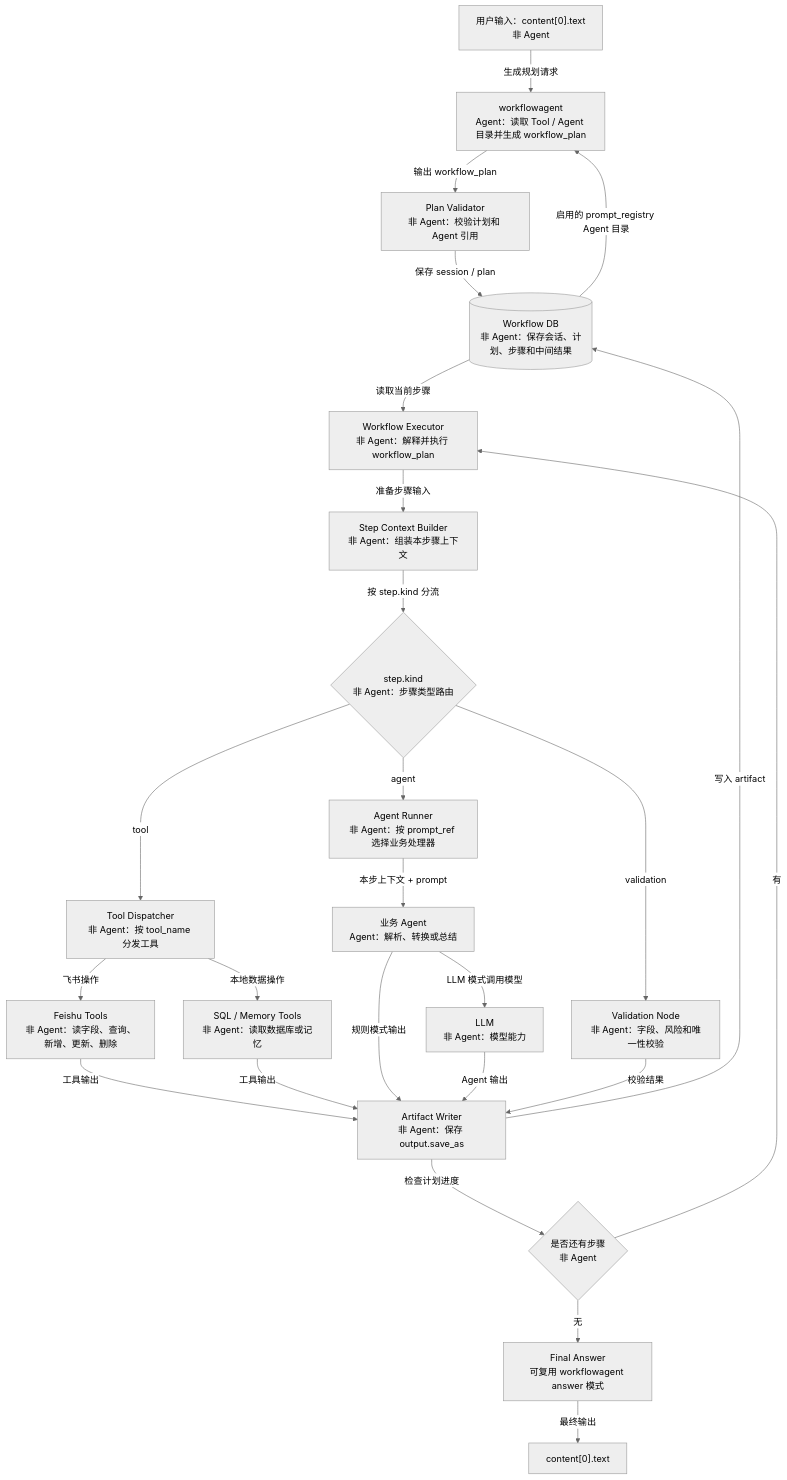
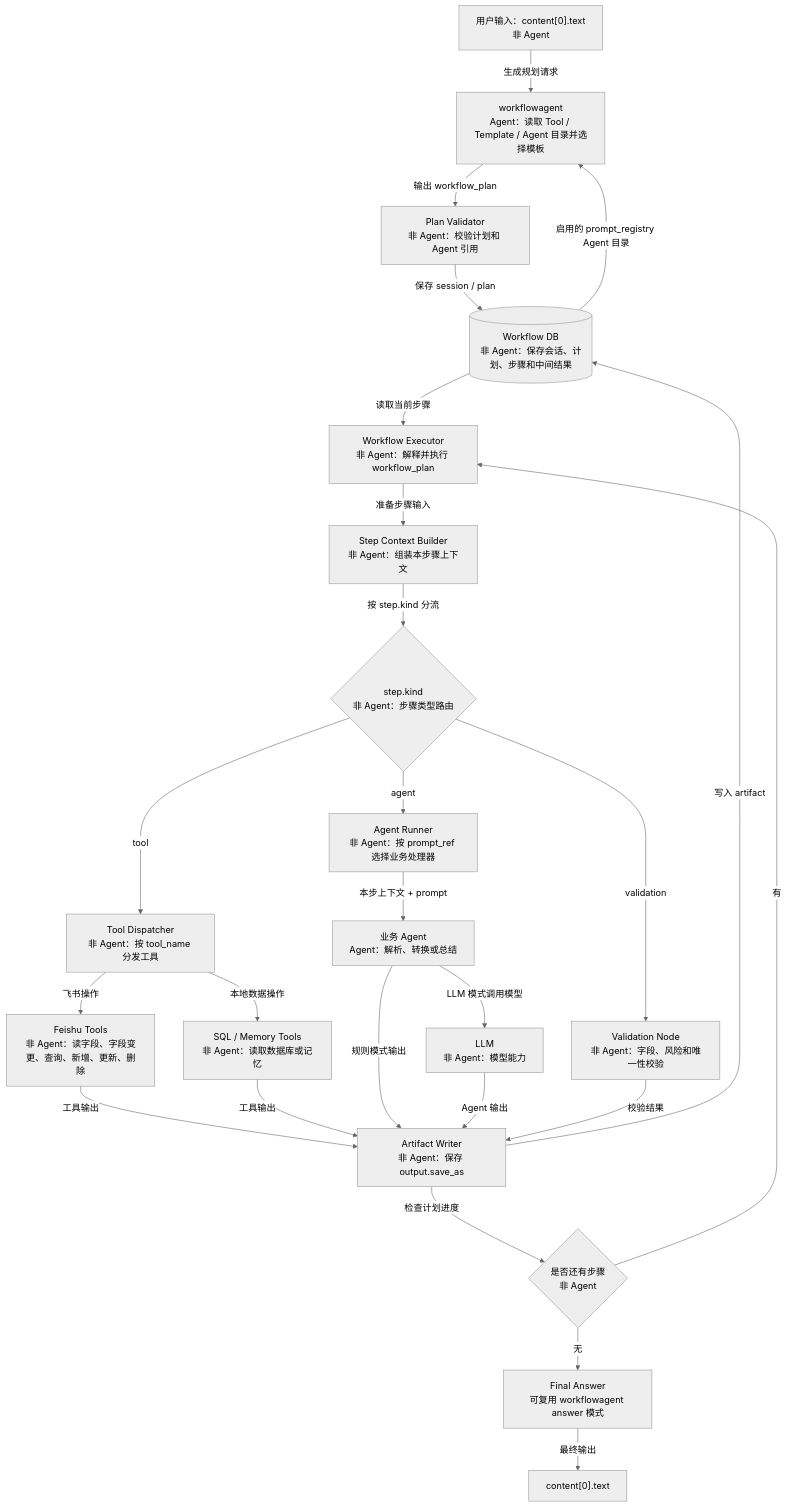
Before and after one commit to 246706510miao-svg/for-mygirl: the diagram in third/docs/workflowagent-fixed-graph.md, drawn with Mermaid (neutral theme). The commit also changed other lines of this file and 24 other files, not shown here.

````diff
--- a/third/docs/workflowagent-fixed-graph.md
+++ b/third/docs/workflowagent-fixed-graph.md
@@ -7,35 +7,35 @@
 ```mermaid
 flowchart TD
-    U["用户输入：content[0].text<br/>非 Agent"] -->|"生成规划请求"| W["workflowagent<br/>Agent：读取 Tool / Agent 目录并生成 workflow_plan"]
+    U["用户输入：content[0].text<br/>非 Agent"] -->|"生成规划请求"| W["workflowagent<br/>Agent：读取 Tool / Template / Agent 目录并选择模板"]
 
     DB -->|"启用的 prompt_registry Agent 目录"| W
     W -->|"输出 workflow_plan"| PV["Plan Validator<br/>非 Agent：校验计划和 Agent 引用"]
     PV -->|"保存 session / plan"| DB[("Workflow DB<br/>非 Agent：保存会话、计划、步骤和中间结果")]
 
     DB -->|"读取当前步骤"| EX["Workflow Executor<br/>非 Agent：解释并执行 workflow_plan"]
     EX -->|"准备步骤输入"| CB["Step Context Builder<br/>非 Agent：组装本步骤上下文"]
 
     CB -->|"按 step.kind 分流"| R{"step.kind<br/>非 Agent：步骤类型路由"}
 
     R -->|"tool"| TD["Tool Dispatcher<br/>非 Agent：按 tool_name 分发工具"]
     R -->|"agent"| AR["Agent Runner<br/>非 Agent：按 prompt_ref 选择业务处理器"]
     R -->|"validation"| VA["Validation Node<br/>非 Agent：字段、风险和唯一性校验"]
 
     AR -->|"本步上下文 + prompt"| BA["业务 Agent<br/>Agent：解析、转换或总结"]
     BA -->|"LLM 模式调用模型"| LLM["LLM<br/>非 Agent：模型能力"]
 
-    TD -->|"飞书操作"| FT["Feishu Tools<br/>非 Agent：读字段、查询、新增、更新、删除"]
+    TD -->|"飞书操作"| FT["Feishu Tools<br/>非 Agent：读字段、字段变更、查询、新增、更新、删除"]
     TD -->|"本地数据操作"| ST["SQL / Memory Tools<br/>非 Agent：读取数据库或记忆"]
 
     FT -->|"工具输出"| SAVE["Artifact Writer<br/>非 Agent：保存 output.save_as"]
     ST -->|"工具输出"| SAVE
     BA -->|"规则模式输出"| SAVE
     LLM -->|"Agent 输出"| SAVE
     VA -->|"校验结果"| SAVE
 
     SAVE -->|"写入 artifact"| DB
     SAVE -->|"检查计划进度"| NEXT{"是否还有步骤<br/>非 Agent"}
     NEXT -->|"有"| EX
     NEXT -->|"无"| FA["Final Answer<br/>可复用 workflowagent answer 模式"]
     FA -->|"最终输出"| OUT["content[0].text"]
 ```
````
